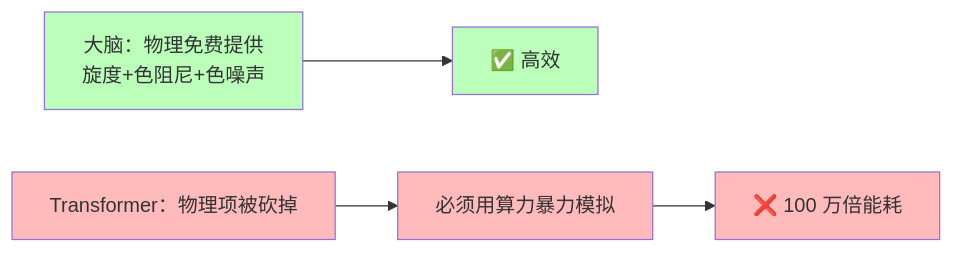
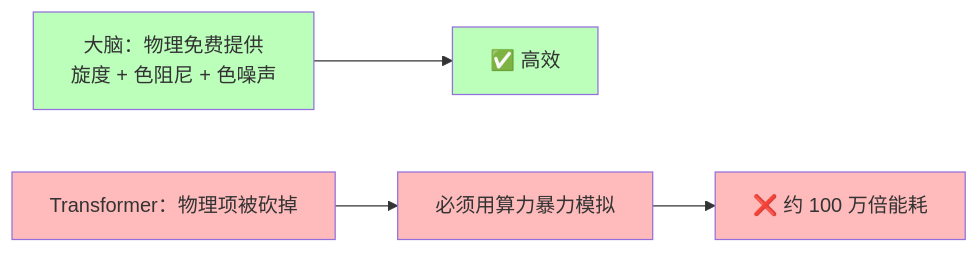
Before and after one commit to gwailee/uid: the second of 3 diagrams in 30minutes_report.md, drawn with Mermaid. The commit also changed other lines of this file, not shown here.

````diff
--- a/30minutes_report.md
+++ b/30minutes_report.md
@@ -394,12 +383,12 @@
 ```mermaid
 graph LR
-    A["大脑：物理免费提供<br/>旋度+色阻尼+色噪声"] --> B["✅ 高效"]
+    A["大脑：物理免费提供<br/>旋度 + 色阻尼 + 色噪声"] --> B["✅ 高效"]
     C["Transformer：物理项被砍掉"] --> D["必须用算力暴力模拟"]
-    D --> E["❌ 100 万倍能耗"]
+    D --> E["❌ 约 100 万倍能耗"]
 
     style A fill:#bfb
     style B fill:#bfb
     style C fill:#fbb
     style D fill:#fbb
     style E fill:#fbb
 ```
````
